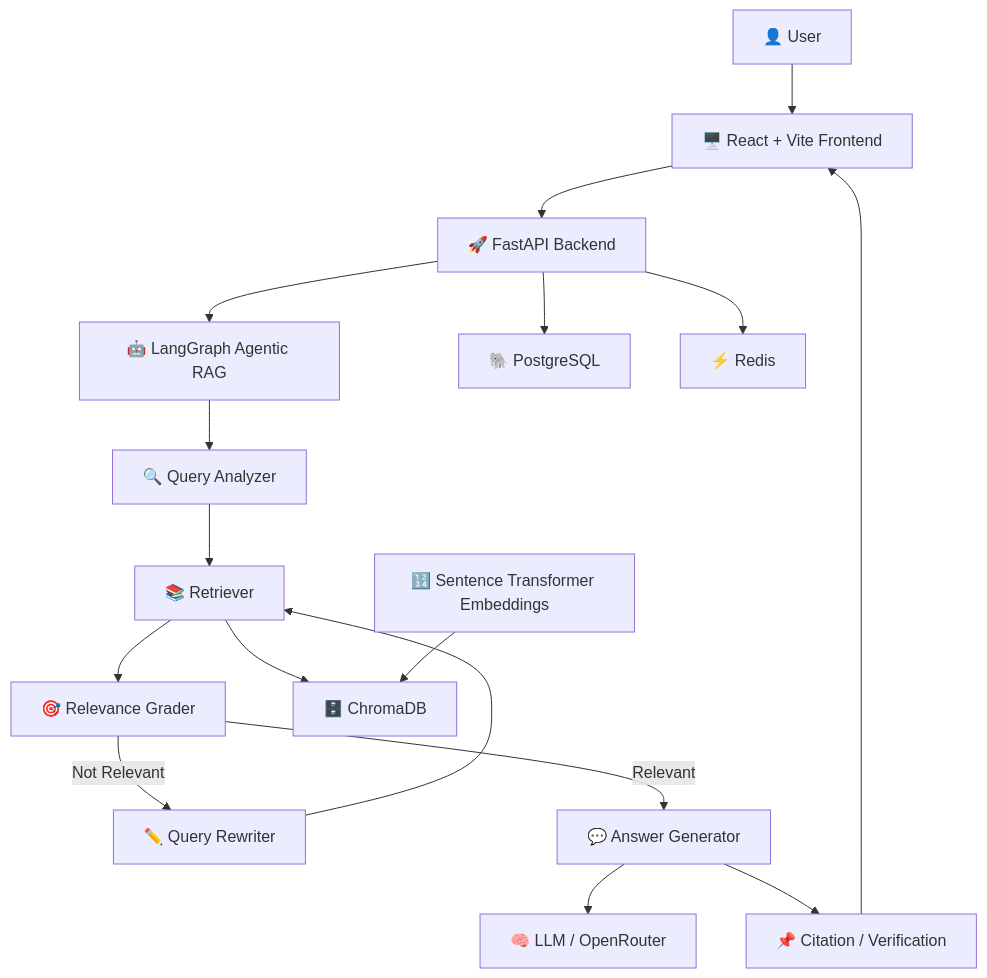
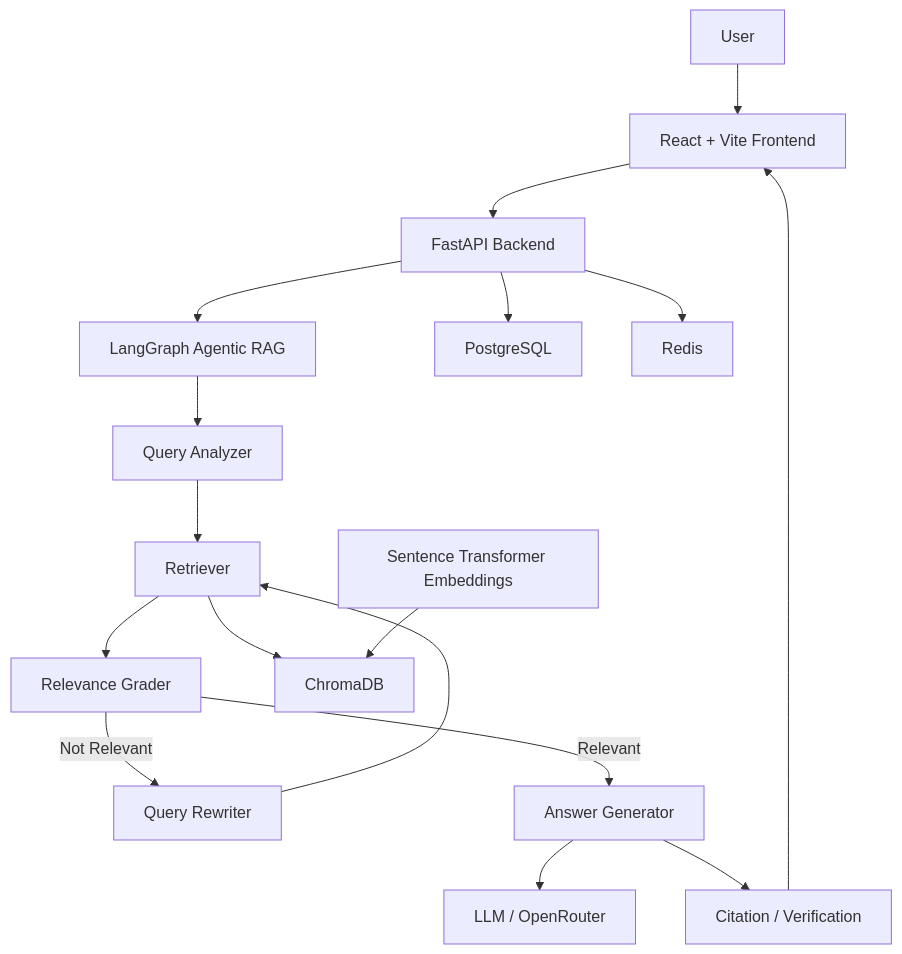
The first of 7 diagrams in README.md (sufiandevs/Document-Analyzer), drawn with Mermaid before and after one commit. The commit also changed other lines of this file, not shown here.

````diff
--- a/README.md
+++ b/README.md
@@ -63,46 +63,46 @@
 ```mermaid
 flowchart TB
-    U["👤 User"]
+    U[" User"]
 
-    F["🖥️ React + Vite Frontend"]
+    F[" React + Vite Frontend"]
 
-    API["🚀 FastAPI Backend"]
+    API[" FastAPI Backend"]
 
-    G["🤖 LangGraph Agentic RAG"]
+    G[" LangGraph Agentic RAG"]
 
-    QA["🔍 Query Analyzer"]
-    R["📚 Retriever"]
-    RG["🎯 Relevance Grader"]
-    RW["✏️ Query Rewriter"]
-    AG["💬 Answer Generator"]
-    VC["📌 Citation / Verification"]
+    QA[" Query Analyzer"]
+    R[" Retriever"]
+    RG[" Relevance Grader"]
+    RW[" Query Rewriter"]
+    AG[" Answer Generator"]
+    VC[" Citation / Verification"]
 
-    C["🗄️ ChromaDB"]
-    P["🐘 PostgreSQL"]
-    RED["⚡ Redis"]
+    C[" ChromaDB"]
+    P[" PostgreSQL"]
+    RED[" Redis"]
 
-    LLM["🧠 LLM / OpenRouter"]
-    EMB["🔢 Sentence Transformer Embeddings"]
+    LLM[" LLM / OpenRouter"]
+    EMB[" Sentence Transformer Embeddings"]
 
     U --> F
     F --> API
     API --> G
 
     G --> QA
     QA --> R
     R --> C
     R --> RG
 
     RG -->|Relevant| AG
     RG -->|Not Relevant| RW
     RW --> R
 
     AG --> LLM
     AG --> VC
     VC --> F
 
     API --> P
     API --> RED
 
     EMB --> C
 ```
````
